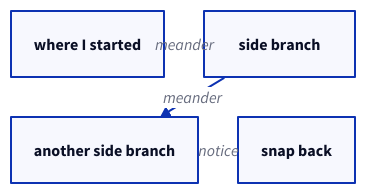
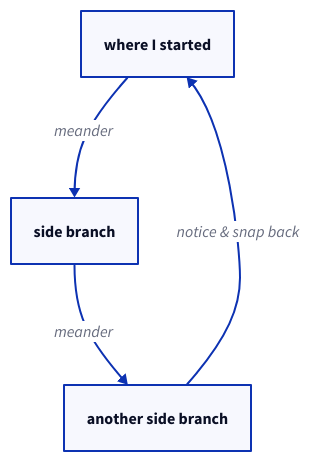
One commit to srid/emanote changed the diagram in tests/fixtures/notebook/diagram-d2-demo.md. Above: the diagram before and after it, drawn with D2. The commit also changed 1 other file, not shown here.

Commit message:
docs(diagrams): make d2 meander an actual chain with snap-back to root
The grid layout I used previously read as a 2×3 matrix, not as the
'thought wanders deeper and deeper, then snaps back' shape Richard
describes. Use `direction: down` so dagre lays out the chain
top-to-bottom (root → side branch → another → and another …), and
route the `notice & snap back` edge from the deepest leaf back to
`root` instead of to a separate terminal node. The arc visually
closes the meander loop, which is the whole point of the exercise.

Fixture mirrors the same shape (3-deep chain + snap-back).

````diff
--- a/tests/fixtures/notebook/diagram-d2-demo.md
+++ b/tests/fixtures/notebook/diagram-d2-demo.md
@@ -11,12 +11,11 @@
 ```d2
-grid-rows: 2
+direction: down
 
-start: "where I started"
+root: "where I started"
 b1: "side branch"
 b2: "another side branch"
-back: "snap back"
 
-start -> b1: meander
+root -> b1: meander
 b1 -> b2: meander
-b2 -> back: notice
+b2 -> root: "notice & snap back"
 ```
````
